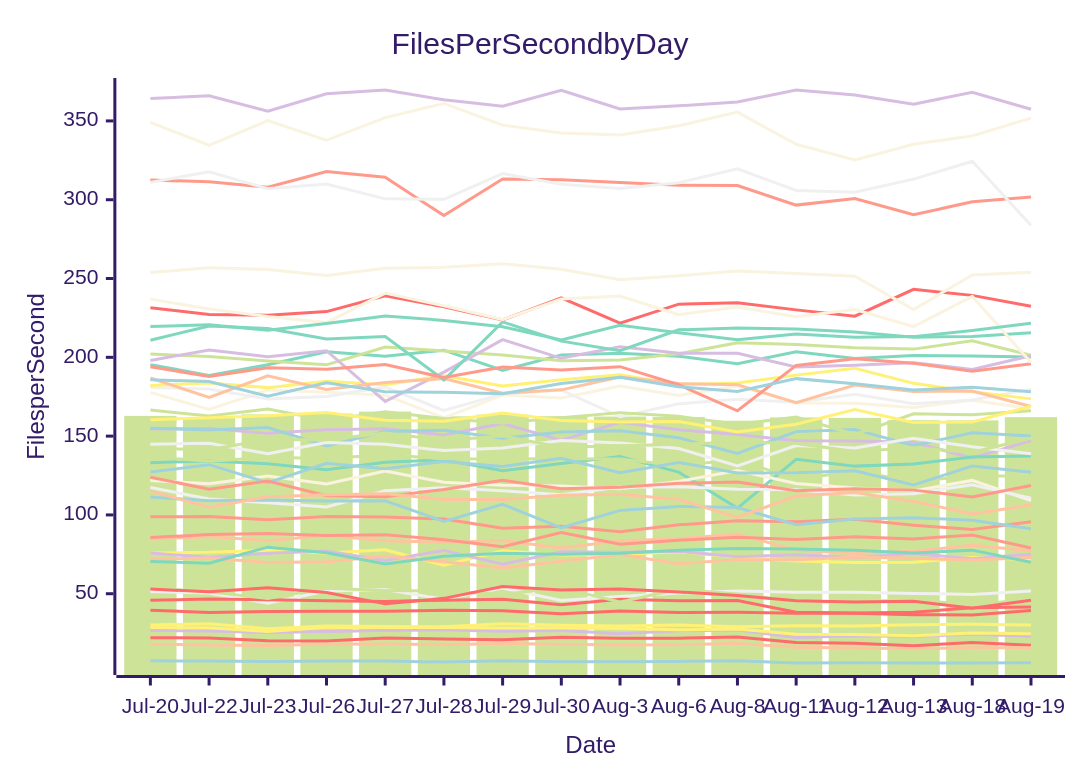
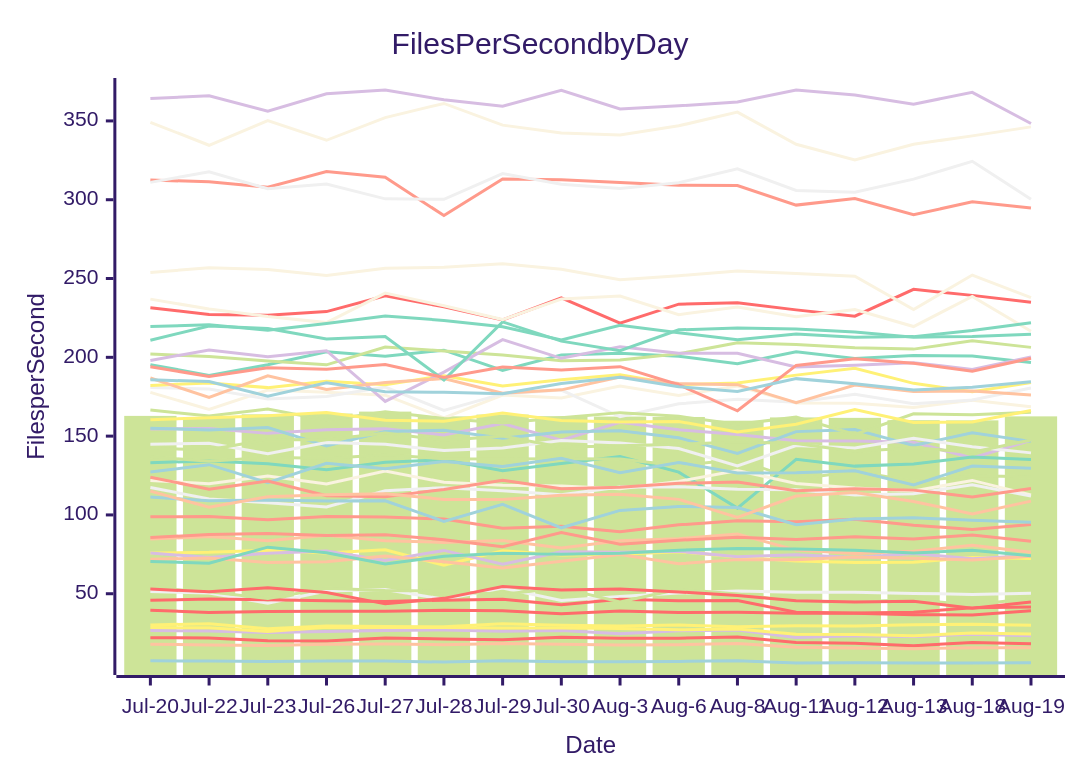
One commit to streetsidesoftware/cspell changed the diagram in perf-report.md. Above: the diagram before and after it, drawn with Mermaid (forest theme). The commit also changed other lines of this file and 1 other file, not shown here.

````diff
--- a/perf-report.md
+++ b/perf-report.md
@@ -10,57 +10,57 @@
 ```mermaid
 xychart-beta
     title Files Per Second by Day
     y-axis Files per Second
     x-axis Date [Jul-20, Jul-22, Jul-23, Jul-26, Jul-27, Jul-28, Jul-29, Jul-30, Aug-3, Aug-6, Aug-8, Aug-11, Aug-12, Aug-13, Aug-18, Aug-19]
-    bar [162.84, 161.83, 163.82, 164.32, 165.56, 162.55, 163.67, 162.66, 162.42, 162.15, 159.78, 161.87, 161.59, 160.12, 160.00, 162.04]
-    line [22.10, 21.88, 20.15, 20.04, 21.91, 21.31, 20.80, 22.35, 21.72, 21.80, 22.54, 19.07, 18.54, 16.95, 19.10, 17.37]
-    line [7.42, 7.37, 6.94, 7.34, 7.37, 6.62, 7.52, 6.92, 6.91, 7.06, 7.47, 6.09, 6.22, 6.12, 6.05, 6.13]
-    line [154.51, 154.84, 151.75, 154.10, 154.75, 150.75, 157.93, 147.43, 158.79, 154.00, 151.10, 147.11, 146.86, 146.10, 136.12, 147.15]
-    line [51.44, 50.43, 43.97, 51.67, 52.73, 46.52, 53.63, 45.66, 48.27, 50.39, 51.68, 50.89, 50.88, 50.22, 49.59, 51.78]
-    line [84.70, 86.32, 83.67, 87.12, 83.64, 82.58, 83.71, 79.08, 83.62, 84.88, 87.82, 77.70, 75.58, 76.94, 80.70, 77.25]
-    line [133.10, 134.27, 132.41, 128.75, 133.45, 135.04, 127.98, 132.62, 137.05, 127.16, 104.34, 135.34, 130.97, 132.26, 136.82, 137.39]
-    line [98.78, 99.06, 97.00, 99.07, 98.61, 97.42, 91.49, 92.79, 89.32, 93.72, 96.32, 95.66, 97.25, 93.41, 90.83, 95.71]
-    line [121.92, 119.72, 124.69, 119.65, 127.83, 120.71, 118.86, 118.39, 116.67, 121.26, 128.17, 119.97, 117.10, 115.21, 121.90, 109.07]
-    line [75.79, 76.25, 77.55, 75.81, 77.91, 68.05, 77.31, 74.56, 75.13, 76.66, 73.32, 70.77, 69.86, 70.01, 73.04, 71.66]
-    line [136.93, 134.10, 136.61, 135.79, 138.26, 135.57, 135.43, 135.66, 135.43, 131.19, 135.23, 122.44, 127.81, 121.17, 124.81, 124.50]
-    line [45.82, 46.71, 46.24, 45.49, 45.13, 45.94, 46.54, 43.06, 46.57, 45.56, 45.66, 38.22, 37.79, 38.23, 41.09, 41.51]
-    line [127.23, 131.88, 120.40, 132.81, 129.34, 133.97, 130.74, 135.91, 126.83, 133.33, 126.61, 126.72, 128.04, 119.05, 131.02, 127.08]
-    line [26.68, 26.34, 25.46, 26.08, 26.71, 26.98, 26.19, 26.72, 24.58, 26.54, 27.00, 22.24, 23.36, 22.81, 24.23, 23.01]
-    line [117.38, 110.16, 107.68, 105.10, 115.28, 117.30, 115.27, 112.83, 117.78, 117.94, 116.33, 116.04, 112.64, 113.43, 119.19, 110.55]
-    line [17.98, 17.51, 17.20, 17.96, 18.17, 17.67, 18.43, 18.02, 17.45, 17.65, 18.37, 15.99, 15.64, 15.11, 15.67, 15.80]
-    line [195.34, 188.56, 195.30, 203.49, 200.63, 204.54, 191.76, 201.55, 202.60, 200.71, 195.89, 203.57, 199.20, 201.23, 200.81, 200.27]
-    line [123.96, 116.30, 121.57, 112.16, 111.54, 116.14, 122.06, 116.65, 117.60, 120.09, 120.85, 115.35, 116.69, 115.74, 111.39, 118.65]
-    line [177.77, 166.91, 179.23, 177.92, 175.97, 161.59, 176.09, 174.17, 181.77, 175.87, 181.75, 171.06, 170.80, 168.18, 172.80, 167.36]
-    line [28.51, 28.41, 26.08, 28.71, 28.53, 28.56, 28.21, 28.32, 27.98, 27.09, 27.59, 24.33, 24.19, 23.40, 25.07, 24.53]
-    line [53.58, 51.27, 46.96, 53.48, 52.00, 51.65, 49.61, 53.65, 44.73, 52.88, 49.80, 44.85, 44.73, 46.28, 42.85, 46.65]
-    line [53.02, 51.19, 53.86, 50.78, 43.58, 47.06, 54.57, 52.43, 53.03, 51.13, 48.90, 45.53, 44.69, 45.18, 40.85, 45.90]
-    line [111.31, 108.98, 109.47, 108.84, 109.00, 95.94, 106.70, 91.83, 102.88, 105.40, 104.69, 93.74, 97.45, 98.22, 96.65, 91.17]
-    line [75.84, 73.04, 75.74, 77.07, 71.05, 77.49, 68.74, 76.65, 76.34, 76.92, 73.53, 74.78, 72.96, 75.57, 72.13, 75.02]
-    line [180.87, 179.86, 173.49, 175.22, 181.17, 166.29, 176.78, 179.24, 162.30, 170.51, 173.47, 171.46, 176.49, 170.50, 172.92, 179.66]
-    line [71.91, 72.70, 69.86, 70.37, 73.91, 70.30, 66.36, 70.57, 74.92, 69.05, 71.64, 71.63, 73.23, 72.55, 71.44, 73.00]
-    line [70.42, 69.35, 79.56, 76.05, 68.90, 73.77, 75.65, 74.99, 75.71, 77.66, 78.66, 78.35, 77.65, 75.86, 77.65, 70.01]
-    line [312.46, 311.42, 307.91, 317.83, 314.26, 289.97, 313.11, 312.72, 310.96, 309.18, 308.97, 296.59, 300.81, 290.46, 298.69, 301.69]
-    line [349.11, 334.55, 350.21, 337.72, 352.09, 361.09, 347.33, 342.33, 341.03, 346.90, 355.56, 335.17, 325.27, 335.20, 340.52, 351.81]
-    line [182.11, 183.75, 180.78, 184.81, 182.65, 188.37, 181.75, 185.70, 188.91, 182.68, 183.70, 188.70, 193.07, 183.50, 178.10, 173.64]
-    line [202.08, 200.55, 197.73, 195.25, 206.51, 204.03, 201.53, 197.81, 198.32, 202.22, 209.23, 208.13, 206.12, 205.21, 210.46, 201.32]
-    line [231.48, 227.16, 226.70, 229.01, 239.01, 232.02, 223.69, 237.66, 221.63, 233.74, 234.59, 230.11, 226.13, 243.15, 239.31, 232.47]
-    line [154.95, 153.94, 155.48, 143.79, 152.94, 153.75, 148.60, 152.63, 153.39, 148.93, 139.04, 152.86, 154.13, 144.07, 152.10, 150.05]
-    line [198.05, 204.69, 200.38, 204.18, 172.00, 190.59, 211.20, 199.37, 206.67, 202.54, 202.61, 193.89, 195.05, 196.60, 192.32, 200.97]
-    line [311.01, 317.69, 306.96, 309.97, 300.54, 300.28, 316.56, 309.78, 307.09, 310.74, 319.60, 305.87, 304.71, 313.08, 324.40, 283.72]
-    line [186.89, 174.56, 188.32, 179.58, 184.08, 186.53, 177.20, 179.37, 187.46, 183.38, 182.66, 171.17, 182.41, 178.32, 178.57, 168.76]
-    line [210.83, 219.91, 218.25, 211.67, 213.25, 185.65, 222.45, 210.28, 204.15, 217.44, 218.55, 218.05, 216.13, 212.80, 213.27, 215.65]
-    line [194.01, 187.89, 193.41, 192.42, 195.47, 187.19, 193.79, 191.90, 194.07, 182.58, 166.07, 194.86, 199.17, 196.17, 191.14, 195.99]
-    line [236.94, 230.60, 225.84, 222.04, 240.74, 232.71, 223.95, 236.98, 238.93, 227.08, 231.94, 225.75, 230.29, 219.53, 238.65, 196.71]
-    line [30.13, 31.01, 27.77, 29.48, 29.26, 29.06, 30.88, 29.94, 29.48, 30.19, 29.03, 29.67, 29.60, 30.33, 30.62, 30.17]
-    line [166.55, 162.82, 167.25, 160.14, 165.42, 161.19, 158.31, 161.70, 164.91, 162.58, 157.48, 162.05, 151.08, 164.19, 163.52, 166.06]
-    line [39.54, 38.13, 38.75, 38.94, 38.82, 39.51, 39.23, 37.37, 39.03, 38.14, 38.18, 37.54, 37.60, 36.71, 36.51, 39.40]
-    line [185.76, 184.64, 175.39, 183.80, 178.20, 177.82, 176.95, 183.37, 187.31, 181.39, 178.30, 186.48, 183.29, 179.27, 181.07, 178.10]
-    line [364.21, 365.97, 356.16, 367.24, 369.57, 363.41, 359.37, 369.40, 357.63, 359.56, 362.02, 369.62, 366.45, 360.63, 368.14, 357.42]
-    line [144.87, 145.54, 138.82, 146.01, 144.90, 140.82, 142.51, 147.27, 145.58, 142.12, 131.06, 143.98, 142.41, 148.62, 143.28, 138.75]
-    line [115.08, 104.93, 111.58, 112.75, 113.47, 109.84, 109.80, 112.55, 113.19, 109.88, 98.38, 112.00, 114.17, 108.57, 100.66, 106.34]
-    line [219.62, 220.62, 217.24, 221.48, 226.19, 223.44, 219.34, 210.97, 220.37, 215.62, 211.22, 214.76, 212.79, 213.14, 217.00, 221.59]
-    line [85.63, 87.55, 88.29, 86.90, 87.47, 84.26, 79.87, 88.81, 81.39, 83.97, 85.77, 84.48, 86.21, 84.78, 87.25, 79.04]
-    line [253.83, 256.85, 255.68, 251.95, 256.48, 257.08, 259.44, 255.93, 249.24, 251.79, 254.83, 253.26, 251.44, 230.32, 252.21, 253.91]
-    line [160.47, 161.66, 162.86, 164.94, 160.13, 159.49, 164.72, 159.99, 159.02, 159.32, 152.64, 157.58, 166.90, 158.63, 158.95, 169.00]
-    line [142.28, 141.37, 147.86, 147.77, 151.94, 147.31, 150.10, 142.92, 143.82, 144.85, 146.35, 145.37, 140.27, 142.62, 139.83, 148.68]
+    bar [162.84, 161.83, 163.82, 164.32, 165.56, 162.55, 163.67, 162.66, 162.42, 162.15, 159.78, 161.87, 161.59, 160.12, 160.00, 162.54]
+    line [22.10, 21.88, 20.15, 20.04, 21.91, 21.31, 20.80, 22.35, 21.72, 21.80, 22.54, 19.07, 18.54, 16.95, 19.10, 18.27]
+    line [7.42, 7.37, 6.94, 7.34, 7.37, 6.62, 7.52, 6.92, 6.91, 7.06, 7.47, 6.09, 6.22, 6.12, 6.05, 6.23]
+    line [154.51, 154.84, 151.75, 154.10, 154.75, 150.75, 157.93, 147.43, 158.79, 154.00, 151.10, 147.11, 146.86, 146.10, 136.12, 147.29]
+    line [51.44, 50.43, 43.97, 51.67, 52.73, 46.52, 53.63, 45.66, 48.27, 50.39, 51.68, 50.89, 50.88, 50.22, 49.59, 50.25]
+    line [84.70, 86.32, 83.67, 87.12, 83.64, 82.58, 83.71, 79.08, 83.62, 84.88, 87.82, 77.70, 75.58, 76.94, 80.70, 76.26]
+    line [133.10, 134.27, 132.41, 128.75, 133.45, 135.04, 127.98, 132.62, 137.05, 127.16, 104.34, 135.34, 130.97, 132.26, 136.82, 135.16]
+    line [98.78, 99.06, 97.00, 99.07, 98.61, 97.42, 91.49, 92.79, 89.32, 93.72, 96.32, 95.66, 97.25, 93.41, 90.83, 93.92]
+    line [121.92, 119.72, 124.69, 119.65, 127.83, 120.71, 118.86, 118.39, 116.67, 121.26, 128.17, 119.97, 117.10, 115.21, 121.90, 112.74]
+    line [75.79, 76.25, 77.55, 75.81, 77.91, 68.05, 77.31, 74.56, 75.13, 76.66, 73.32, 70.77, 69.86, 70.01, 73.04, 72.36]
+    line [136.93, 134.10, 136.61, 135.79, 138.26, 135.57, 135.43, 135.66, 135.43, 131.19, 135.23, 122.44, 127.81, 121.17, 124.81, 124.18]
+    line [45.82, 46.71, 46.24, 45.49, 45.13, 45.94, 46.54, 43.06, 46.57, 45.56, 45.66, 38.22, 37.79, 38.23, 41.09, 41.54]
+    line [127.23, 131.88, 120.40, 132.81, 129.34, 133.97, 130.74, 135.91, 126.83, 133.33, 126.61, 126.72, 128.04, 119.05, 131.02, 129.61]
+    line [26.68, 26.34, 25.46, 26.08, 26.71, 26.98, 26.19, 26.72, 24.58, 26.54, 27.00, 22.24, 23.36, 22.81, 24.23, 23.27]
+    line [117.38, 110.16, 107.68, 105.10, 115.28, 117.30, 115.27, 112.83, 117.78, 117.94, 116.33, 116.04, 112.64, 113.43, 119.19, 111.93]
+    line [17.98, 17.51, 17.20, 17.96, 18.17, 17.67, 18.43, 18.02, 17.45, 17.65, 18.37, 15.99, 15.64, 15.11, 15.67, 15.78]
+    line [195.34, 188.56, 195.30, 203.49, 200.63, 204.54, 191.76, 201.55, 202.60, 200.71, 195.89, 203.57, 199.20, 201.23, 200.81, 196.78]
+    line [123.96, 116.30, 121.57, 112.16, 111.54, 116.14, 122.06, 116.65, 117.60, 120.09, 120.85, 115.35, 116.69, 115.74, 111.39, 116.78]
+    line [177.77, 166.91, 179.23, 177.92, 175.97, 161.59, 176.09, 174.17, 181.77, 175.87, 181.75, 171.06, 170.80, 168.18, 172.80, 168.69]
+    line [28.51, 28.41, 26.08, 28.71, 28.53, 28.56, 28.21, 28.32, 27.98, 27.09, 27.59, 24.33, 24.19, 23.40, 25.07, 24.48]
+    line [53.58, 51.27, 46.96, 53.48, 52.00, 51.65, 49.61, 53.65, 44.73, 52.88, 49.80, 44.85, 44.73, 46.28, 42.85, 47.12]
+    line [53.02, 51.19, 53.86, 50.78, 43.58, 47.06, 54.57, 52.43, 53.03, 51.13, 48.90, 45.53, 44.69, 45.18, 40.85, 44.70]
+    line [111.31, 108.98, 109.47, 108.84, 109.00, 95.94, 106.70, 91.83, 102.88, 105.40, 104.69, 93.74, 97.45, 98.22, 96.65, 95.35]
+    line [75.84, 73.04, 75.74, 77.07, 71.05, 77.49, 68.74, 76.65, 76.34, 76.92, 73.53, 74.78, 72.96, 75.57, 72.13, 74.31]
+    line [180.87, 179.86, 173.49, 175.22, 181.17, 166.29, 176.78, 179.24, 162.30, 170.51, 173.47, 171.46, 176.49, 170.50, 172.92, 180.52]
+    line [71.91, 72.70, 69.86, 70.37, 73.91, 70.30, 66.36, 70.57, 74.92, 69.05, 71.64, 71.63, 73.23, 72.55, 71.44, 73.71]
+    line [70.42, 69.35, 79.56, 76.05, 68.90, 73.77, 75.65, 74.99, 75.71, 77.66, 78.66, 78.35, 77.65, 75.86, 77.65, 74.07]
+    line [312.46, 311.42, 307.91, 317.83, 314.26, 289.97, 313.11, 312.72, 310.96, 309.18, 308.97, 296.59, 300.81, 290.46, 298.69, 294.82]
+    line [349.11, 334.55, 350.21, 337.72, 352.09, 361.09, 347.33, 342.33, 341.03, 346.90, 355.56, 335.17, 325.27, 335.20, 340.52, 346.23]
+    line [182.11, 183.75, 180.78, 184.81, 182.65, 188.37, 181.75, 185.70, 188.91, 182.68, 183.70, 188.70, 193.07, 183.50, 178.10, 183.95]
+    line [202.08, 200.55, 197.73, 195.25, 206.51, 204.03, 201.53, 197.81, 198.32, 202.22, 209.23, 208.13, 206.12, 205.21, 210.46, 206.31]
+    line [231.48, 227.16, 226.70, 229.01, 239.01, 232.02, 223.69, 237.66, 221.63, 233.74, 234.59, 230.11, 226.13, 243.15, 239.31, 234.89]
+    line [154.95, 153.94, 155.48, 143.79, 152.94, 153.75, 148.60, 152.63, 153.39, 148.93, 139.04, 152.86, 154.13, 144.07, 152.10, 146.68]
+    line [198.05, 204.69, 200.38, 204.18, 172.00, 190.59, 211.20, 199.37, 206.67, 202.54, 202.61, 193.89, 195.05, 196.60, 192.32, 200.16]
+    line [311.01, 317.69, 306.96, 309.97, 300.54, 300.28, 316.56, 309.78, 307.09, 310.74, 319.60, 305.87, 304.71, 313.08, 324.40, 300.37]
+    line [186.89, 174.56, 188.32, 179.58, 184.08, 186.53, 177.20, 179.37, 187.46, 183.38, 182.66, 171.17, 182.41, 178.32, 178.57, 176.08]
+    line [210.83, 219.91, 218.25, 211.67, 213.25, 185.65, 222.45, 210.28, 204.15, 217.44, 218.55, 218.05, 216.13, 212.80, 213.27, 214.61]
+    line [194.01, 187.89, 193.41, 192.42, 195.47, 187.19, 193.79, 191.90, 194.07, 182.58, 166.07, 194.86, 199.17, 196.17, 191.14, 199.41]
+    line [236.94, 230.60, 225.84, 222.04, 240.74, 232.71, 223.95, 236.98, 238.93, 227.08, 231.94, 225.75, 230.29, 219.53, 238.65, 216.52]
+    line [30.13, 31.01, 27.77, 29.48, 29.26, 29.06, 30.88, 29.94, 29.48, 30.19, 29.03, 29.67, 29.60, 30.33, 30.62, 30.06]
+    line [166.55, 162.82, 167.25, 160.14, 165.42, 161.19, 158.31, 161.70, 164.91, 162.58, 157.48, 162.05, 151.08, 164.19, 163.52, 165.17]
+    line [39.54, 38.13, 38.75, 38.94, 38.82, 39.51, 39.23, 37.37, 39.03, 38.14, 38.18, 37.54, 37.60, 36.71, 36.51, 39.25]
+    line [185.76, 184.64, 175.39, 183.80, 178.20, 177.82, 176.95, 183.37, 187.31, 181.39, 178.30, 186.48, 183.29, 179.27, 181.07, 184.49]
+    line [364.21, 365.97, 356.16, 367.24, 369.57, 363.41, 359.37, 369.40, 357.63, 359.56, 362.02, 369.62, 366.45, 360.63, 368.14, 348.34]
+    line [144.87, 145.54, 138.82, 146.01, 144.90, 140.82, 142.51, 147.27, 145.58, 142.12, 131.06, 143.98, 142.41, 148.62, 143.28, 139.37]
+    line [115.08, 104.93, 111.58, 112.75, 113.47, 109.84, 109.80, 112.55, 113.19, 109.88, 98.38, 112.00, 114.17, 108.57, 100.66, 108.77]
+    line [219.62, 220.62, 217.24, 221.48, 226.19, 223.44, 219.34, 210.97, 220.37, 215.62, 211.22, 214.76, 212.79, 213.14, 217.00, 221.94]
+    line [85.63, 87.55, 88.29, 86.90, 87.47, 84.26, 79.87, 88.81, 81.39, 83.97, 85.77, 84.48, 86.21, 84.78, 87.25, 83.34]
+    line [253.83, 256.85, 255.68, 251.95, 256.48, 257.08, 259.44, 255.93, 249.24, 251.79, 254.83, 253.26, 251.44, 230.32, 252.21, 237.84]
+    line [160.47, 161.66, 162.86, 164.94, 160.13, 159.49, 164.72, 159.99, 159.02, 159.32, 152.64, 157.58, 166.90, 158.63, 158.95, 166.31]
+    line [142.28, 141.37, 147.86, 147.77, 151.94, 147.31, 150.10, 142.92, 143.82, 144.85, 146.35, 145.37, 140.27, 142.62, 139.83, 147.55]
 ```
````
